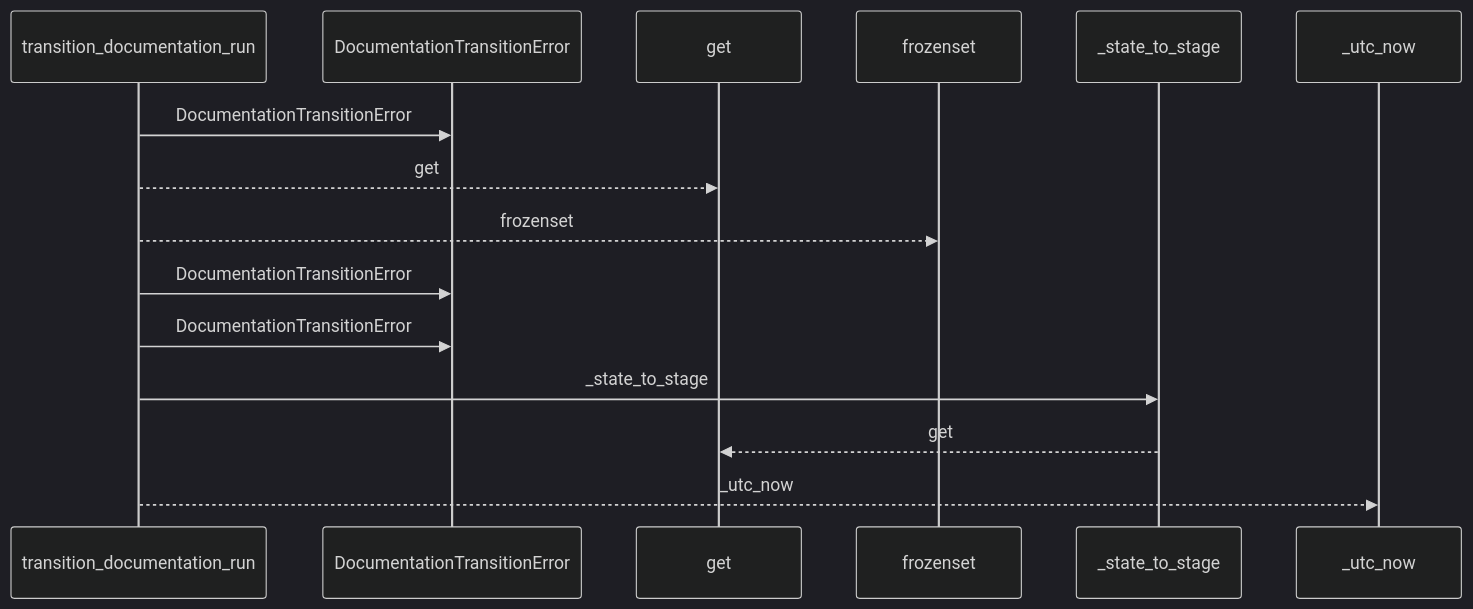
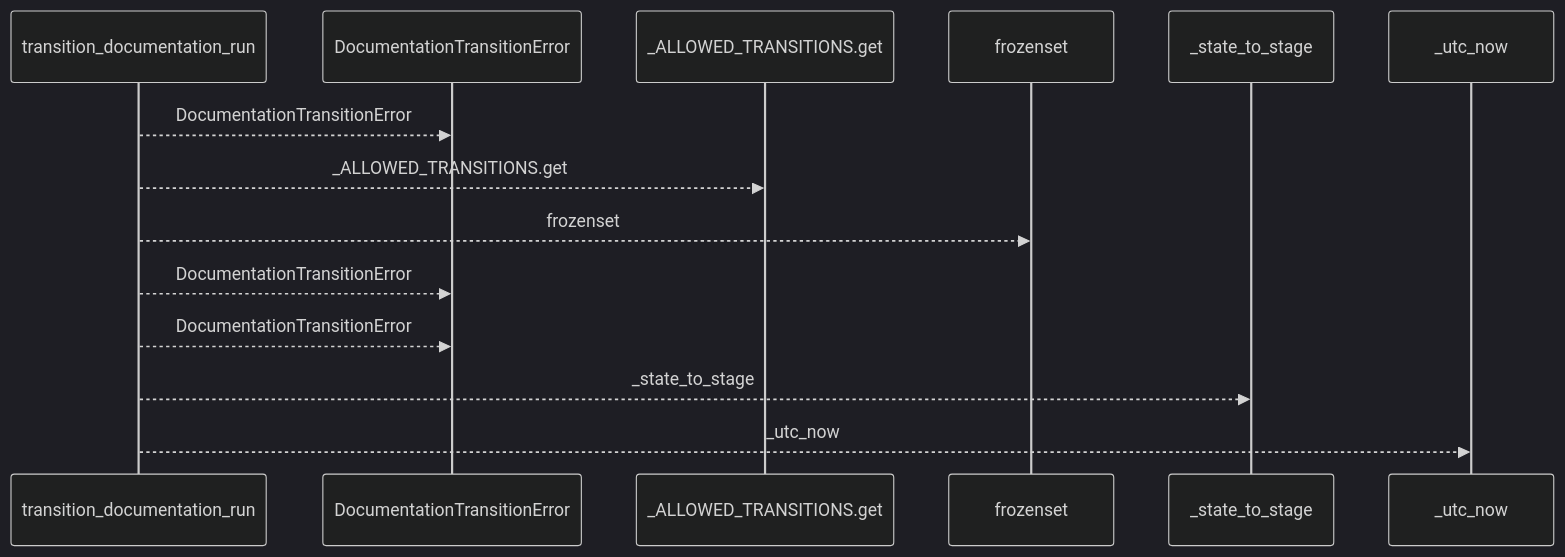
One commit to Denissvgn/python-wiki-llm changed the first of 2 diagrams in docs/llm_wiki/flows/api-transition_documentation_run.md. Above: the diagram before and after it, drawn with Mermaid (dark theme). The commit also changed other lines of this file and 719 other files, not shown here.

````diff
--- a/docs/llm_wiki/flows/api-transition_documentation_run.md
+++ b/docs/llm_wiki/flows/api-transition_documentation_run.md
@@ -10,17 +10,16 @@
 ```mermaid
 sequenceDiagram
     participant p0 as transition_documentation_run
     participant p1 as DocumentationTransitionError
-    participant p2 as get
+    participant p2 as _ALLOWED_TRANSITIONS.get
     participant p3 as frozenset
     participant p4 as _state_to_stage
     participant p5 as _utc_now
-    p0->>p1: DocumentationTransitionError
-    p0-->>p2: get
+    p0-->>p1: DocumentationTransitionError
+    p0-->>p2: _ALLOWED_TRANSITIONS.get
     p0-->>p3: frozenset
-    p0->>p1: DocumentationTransitionError
-    p0->>p1: DocumentationTransitionError
-    p0->>p4: _state_to_stage
-    p4-->>p2: get
+    p0-->>p1: DocumentationTransitionError
+    p0-->>p1: DocumentationTransitionError
+    p0-->>p4: _state_to_stage
     p0-->>p5: _utc_now
 ```
````
